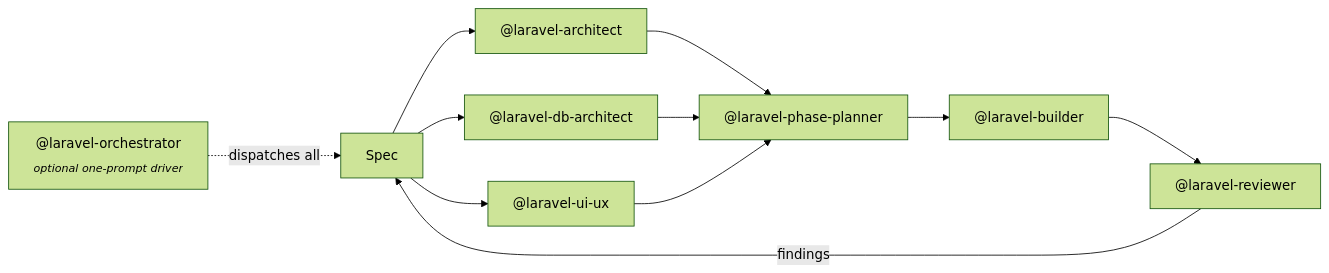
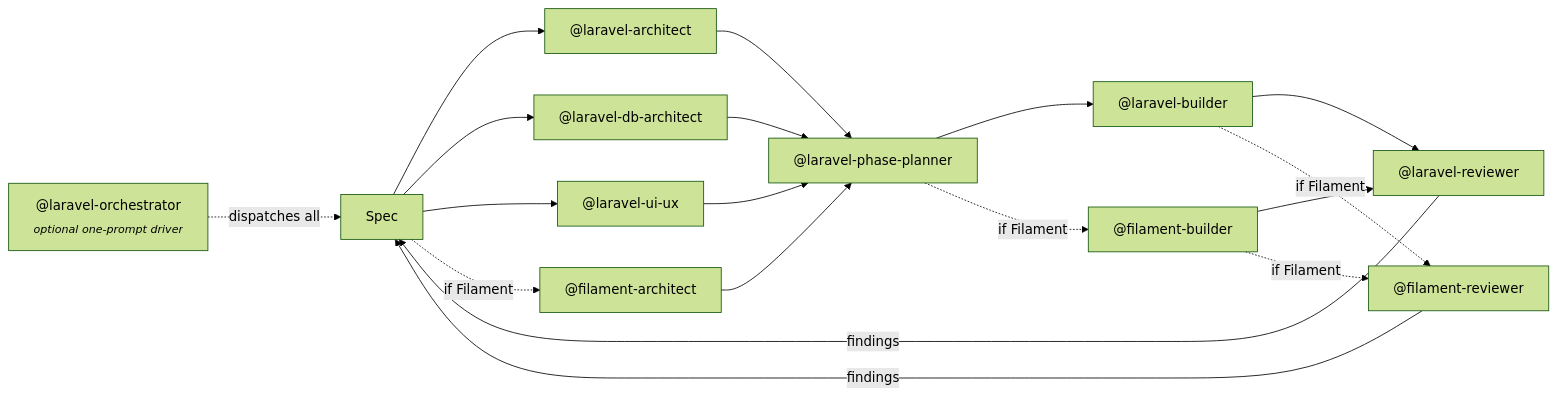
The diagram in README.md (bilalelhaj/laravel-engineering-agents), drawn with Mermaid (forest theme) before and after one commit. The commit also changed other lines of this file and 4 other files, not shown here.

First line of the commit message:
Add Filament family: filament-architect, filament-builder, filament-reviewer

````diff
--- a/README.md
+++ b/README.md
@@ -7,14 +7,17 @@
 ```mermaid
 flowchart LR
     O["@laravel-orchestrator<br/><sub><i>optional one-prompt driver</i></sub>"]
     Spec[Spec]
 
     O -.->|dispatches all| Spec
     Spec --> A["@laravel-architect"]
     Spec --> D["@laravel-db-architect"]
     Spec --> UI["@laravel-ui-ux"]
-    A & D & UI --> P["@laravel-phase-planner"]
+    Spec -. if Filament .-> FA["@filament-architect"]
+    A & D & UI & FA --> P["@laravel-phase-planner"]
     P --> B["@laravel-builder"]
-    B --> R["@laravel-reviewer"]
-    R -->|findings| Spec
+    P -. if Filament .-> FB["@filament-builder"]
+    B & FB --> R["@laravel-reviewer"]
+    B & FB -. if Filament .-> FR["@filament-reviewer"]
+    R & FR -->|findings| Spec
 ```
````
